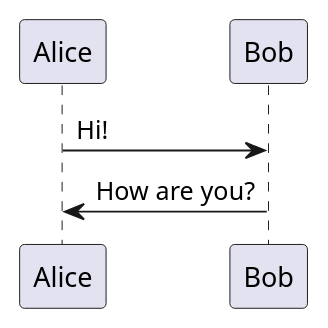
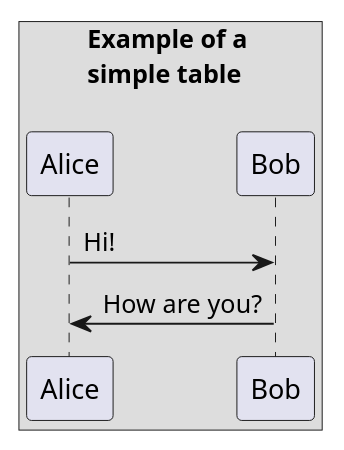
Before and after one commit to mark-nicol/test-public-docs: the diagram in docs/source/diagrams/test.puml, drawn with PlantUML. The commit also changed 1 other file, not shown here.

```diff
--- a/docs/source/diagrams/test.puml
+++ b/docs/source/diagrams/test.puml
@@ -2,4 +2,5 @@
    @startuml
+   box  Example of a \nsimple table\n
    Alice -> Bob: Hi!
    Alice <- Bob: How are you?
    @enduml
```
